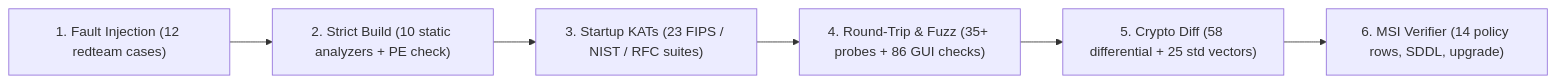
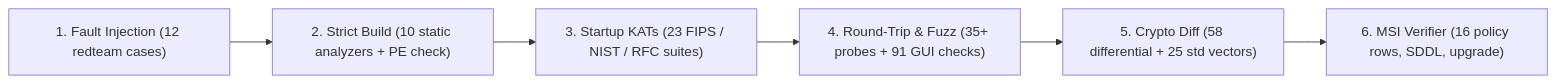
The second of 2 diagrams in docs/TRUST.md (xxtsxx/Vordr), drawn with Mermaid before and after one commit. The commit also changed other lines of this file and 38 other files, not shown here.

````diff
--- a/docs/TRUST.md
+++ b/docs/TRUST.md
@@ -67,8 +68,8 @@
 ```mermaid
 flowchart LR
     S1["1. Fault Injection (12 redteam cases)"] --> S2["2. Strict Build (10 static analyzers + PE check)"]
     S2 --> S3["3. Startup KATs (23 FIPS / NIST / RFC suites)"]
-    S3 --> S4["4. Round-Trip & Fuzz (35+ probes + 86 GUI checks)"]
+    S3 --> S4["4. Round-Trip & Fuzz (35+ probes + 91 GUI checks)"]
     S4 --> S5["5. Crypto Diff (58 differential + 25 std vectors)"]
-    S5 --> S6["6. MSI Verifier (14 policy rows, SDDL, upgrade)"]
+    S5 --> S6["6. MSI Verifier (16 policy rows, SDDL, upgrade)"]
 ```
````
